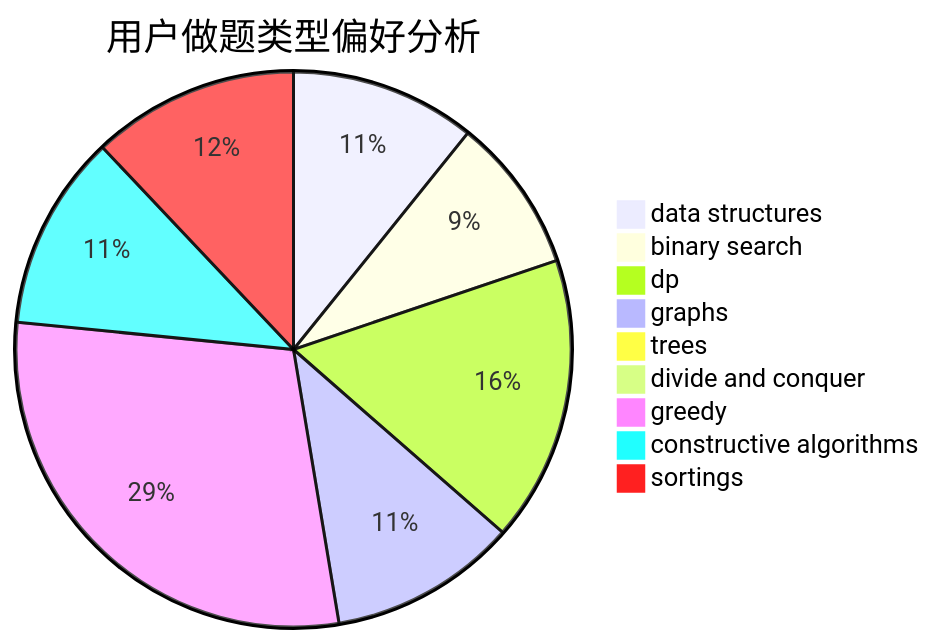
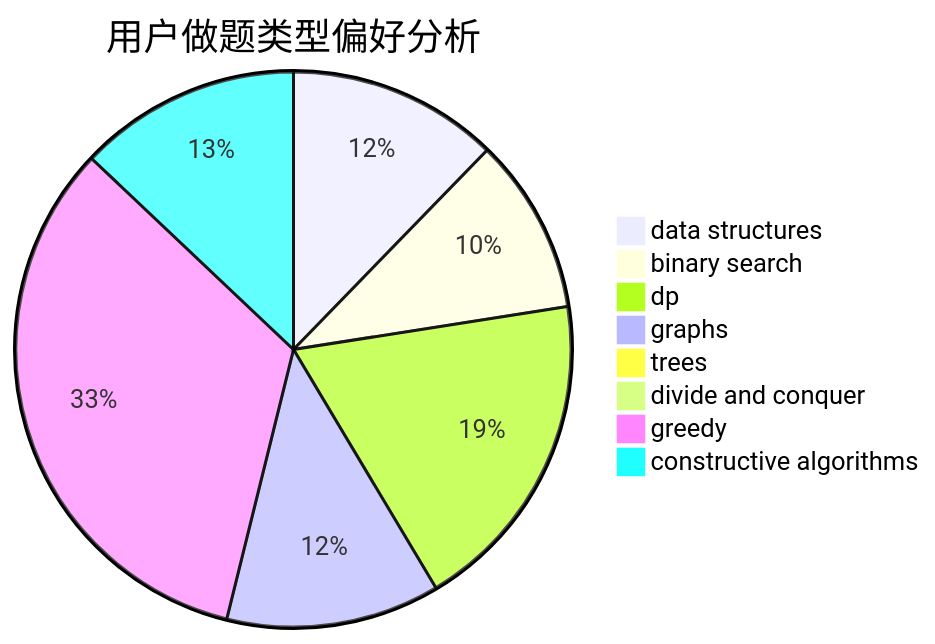
Before and after one commit to sherpahu/cfrs.github.io: the second of 3 diagrams in docs/user/u2383.md, drawn with Mermaid. The commit also changed other lines of this file and 2769 other files, not shown here.

````diff
--- a/docs/user/u2383.md
+++ b/docs/user/u2383.md
@@ -18,12 +18,11 @@
 ```mermaid
 pie title 用户做题类型偏好分析
     "data structures" :  146
     "binary search" :  122
     "dp" :  225
     "graphs" :  148
     "trees" :  11
     "divide and conquer" :  0
     "greedy" :  395
     "constructive algorithms" :  154
-    "sortings" :  163
 ```
````
